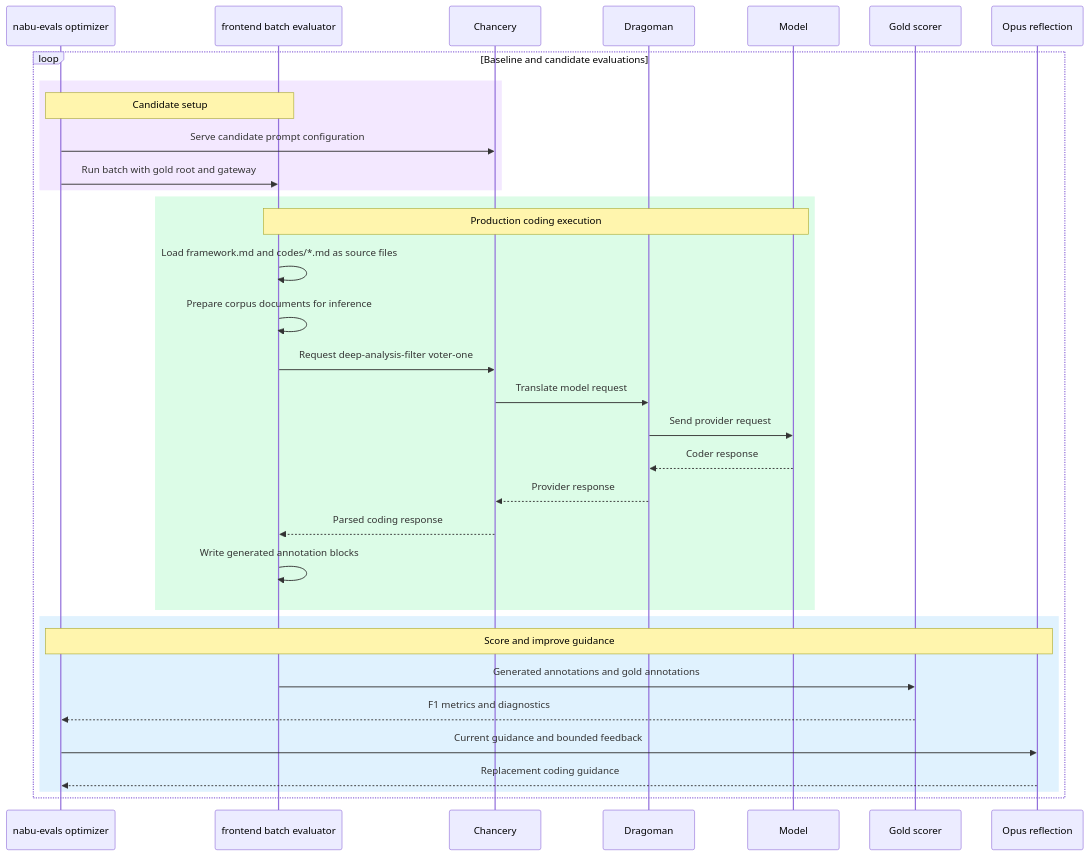
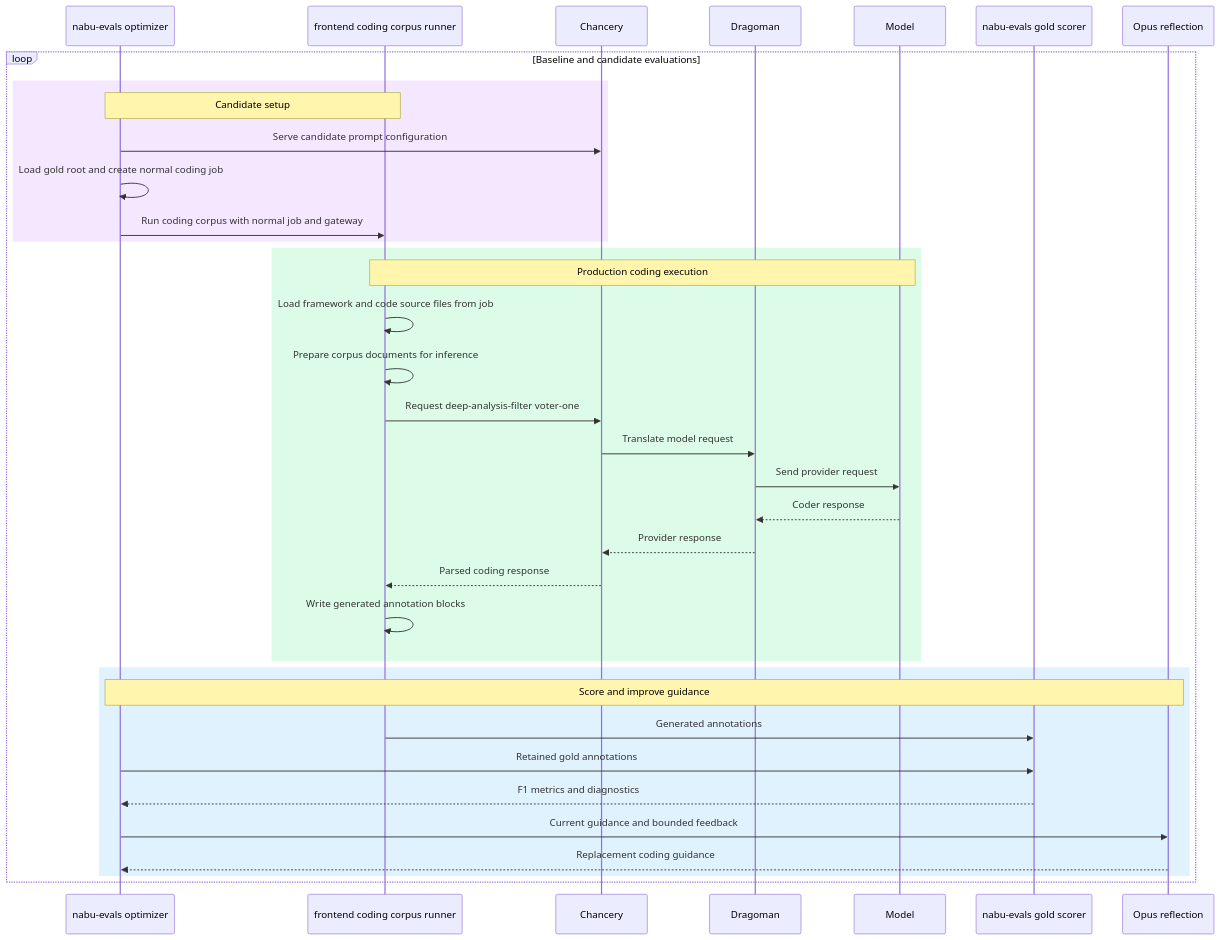
The third of 3 diagrams in eval-flows.md (mdijkstra-oss/nabu-evals), drawn with Mermaid before and after one commit. The commit also changed other lines of this file and 16 other files, not shown here.

Commit message:
feat(evals): centralize gold evaluation tooling

````diff
--- a/eval-flows.md
+++ b/eval-flows.md
@@ -119,37 +124,39 @@
 ```mermaid
 sequenceDiagram
   participant E as nabu-evals optimizer
-  participant F as frontend batch evaluator
+  participant F as frontend coding corpus runner
   participant C as Chancery
   participant D as Dragoman
   participant M as Model
-  participant S as Gold scorer
+  participant S as nabu-evals gold scorer
   participant O as Opus reflection
 
   loop Baseline and candidate evaluations
     rect rgb(243, 232, 255)
       Note over E,F: Candidate setup
       E->>C: Serve candidate prompt configuration
-      E->>F: Run batch with gold root and gateway
+      E->>E: Load gold root and create normal coding job
+      E->>F: Run coding corpus with normal job and gateway
     end
     rect rgb(220, 252, 231)
       Note over F,M: Production coding execution
-      F->>F: Load framework.md and codes/*.md as source files
+      F->>F: Load framework and code source files from job
       F->>F: Prepare corpus documents for inference
       F->>C: Request deep-analysis-filter voter-one
       C->>D: Translate model request
       D->>M: Send provider request
       M-->>D: Coder response
       D-->>C: Provider response
       C-->>F: Parsed coding response
       F->>F: Write generated annotation blocks
     end
     rect rgb(224, 242, 254)
       Note over E,O: Score and improve guidance
-      F->>S: Generated annotations and gold annotations
+      F->>S: Generated annotations
+      E->>S: Retained gold annotations
       S-->>E: F1 metrics and diagnostics
       E->>O: Current guidance and bounded feedback
       O-->>E: Replacement coding guidance
     end
   end
 ```
````
